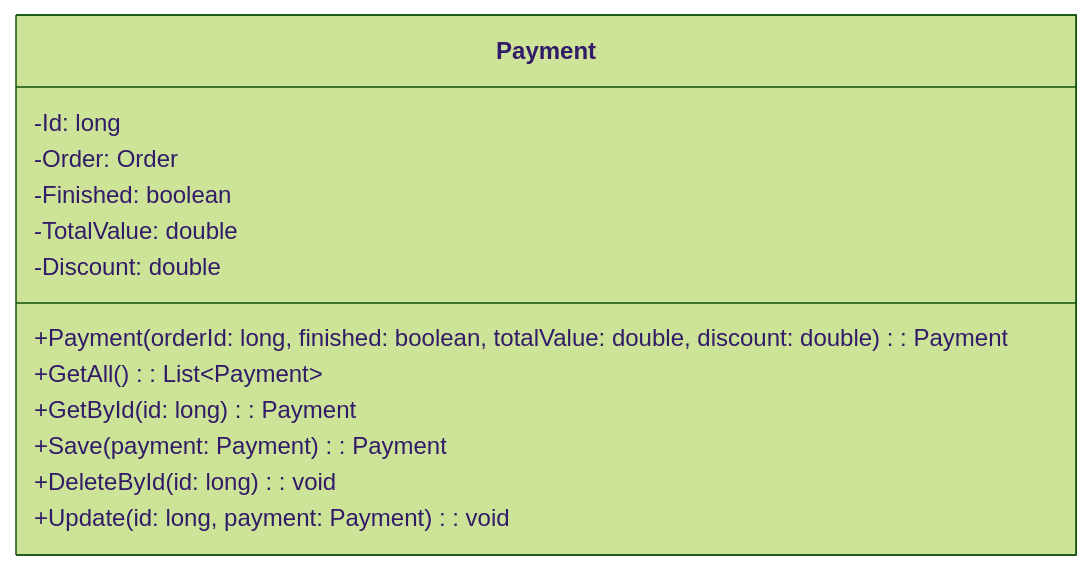
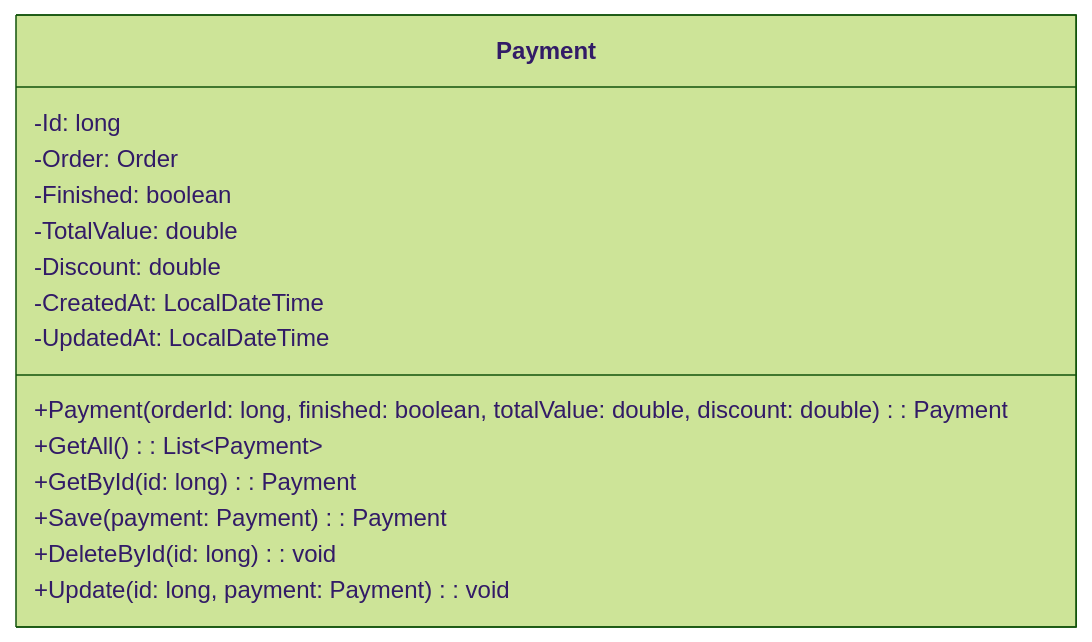
Before and after one commit to AndreLucas0/diagrama-de-classes-projeto-integrador: the tenth of 18 diagrams in Classes.md, drawn with Mermaid (forest theme). The commit also changed other lines of this file, not shown here.

Commit message:
atributos createdAt updatedAt

````diff
--- a/Classes.md
+++ b/Classes.md
@@ -137,16 +145,18 @@
 ```mermaid
 classDiagram
     class Payment {
         -Id: long
         -Order: Order
         -Finished: boolean
         -TotalValue: double
         -Discount: double
+        -CreatedAt: LocalDateTime
+        -UpdatedAt: LocalDateTime
         +Payment (orderId: long, finished: boolean, totalValue: double, discount: double): Payment
         +GetAll (): List&lt;Payment&gt;
         +GetById (id: long): Payment
         +Save (payment: Payment): Payment
         +DeleteById (id: long): void
         +Update (id: long, payment: Payment): void
     }
 ```
````
